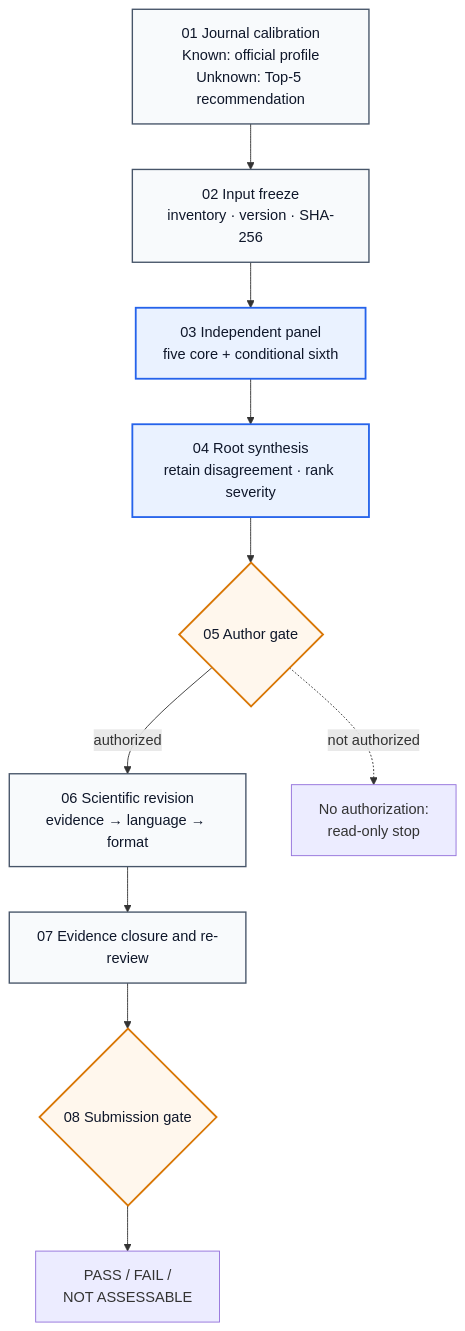
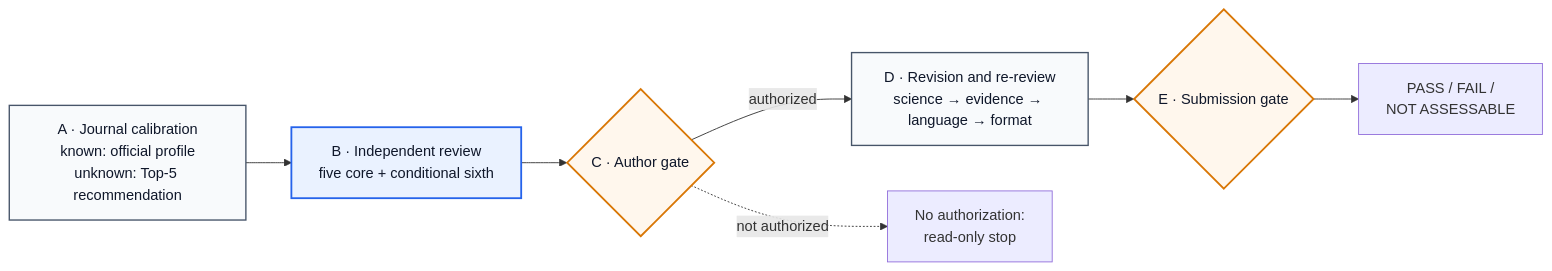
The diagram in README_EN.md (Jameslxr/manuscript-review-revision-skill), drawn with Mermaid before and after one commit. The commit also changed 1 other file, not shown here.

Commit message:
Compact the release workflow overview

````diff
--- a/README_EN.md
+++ b/README_EN.md
@@ -62,24 +62,21 @@
 ```mermaid
-flowchart TB
-    J["01 Journal calibration<br/>Known: official profile<br/>Unknown: Top-5 recommendation"]
-    F["02 Input freeze<br/>inventory · version · SHA-256"]
-    P["03 Independent panel<br/>five core + conditional sixth"]
-    S["04 Root synthesis<br/>retain disagreement · rank severity"]
-    A{"05 Author gate"}
-    R["06 Scientific revision<br/>evidence → language → format"]
-    C["07 Evidence closure and re-review"]
-    G{"08 Submission gate"}
+flowchart LR
+    J["A · Journal calibration<br/>known: official profile<br/>unknown: Top-5 recommendation"]
+    P["B · Independent review<br/>five core + conditional sixth"]
+    A{"C · Author gate"}
+    R["D · Revision and re-review<br/>science → evidence → language → format"]
+    G{"E · Submission gate"}
     O["PASS / FAIL /<br/>NOT ASSESSABLE"]
     STOP["No authorization:<br/>read-only stop"]
 
-    J --> F --> P --> S --> A
-    A -- "authorized" --> R --> C --> G --> O
+    J --> P --> A
+    A -- "authorized" --> R --> G --> O
     A -. "not authorized" .-> STOP
 
     classDef review fill:#EAF2FF,stroke:#2563EB,stroke-width:2px,color:#0F172A;
     classDef gate fill:#FFF7ED,stroke:#D97706,stroke-width:2px,color:#0F172A;
     classDef phase fill:#F8FAFC,stroke:#475569,stroke-width:1.5px,color:#0F172A;
-    class J,F,R,C phase;
-    class P,S review;
+    class J,R phase;
+    class P review;
     class A,G gate;
 ```
````
